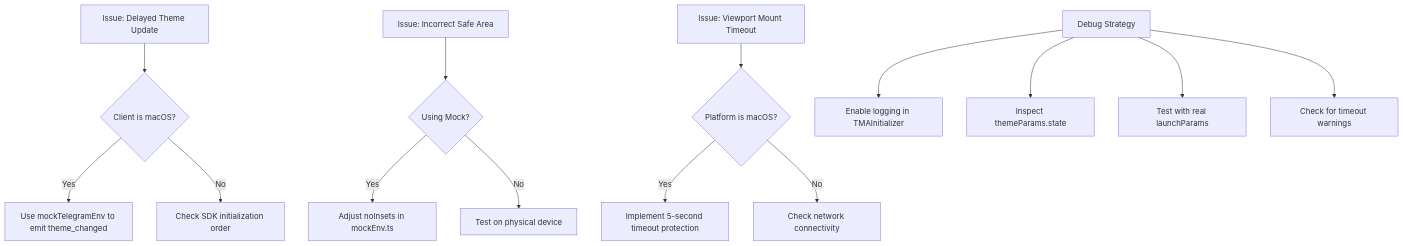
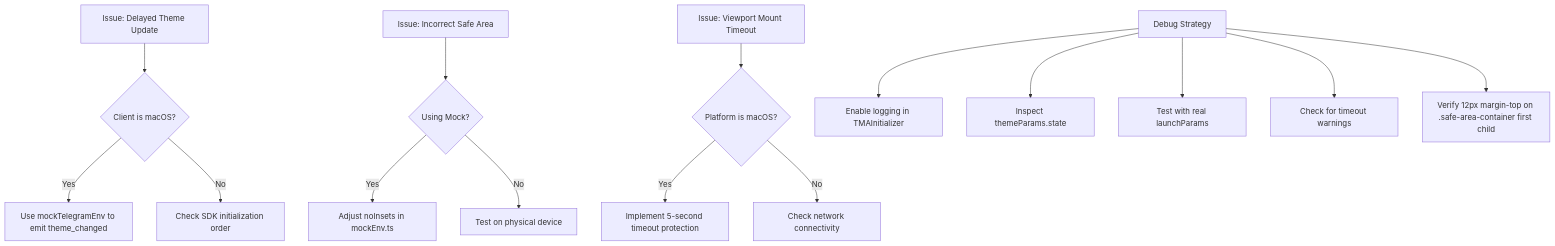
Before and after one commit to Miaterio/Passion-bot-2: the fourth of 4 diagrams in .qoder/repowiki/en/content/Core Architecture/Theme and Viewport Integration.md, drawn with Mermaid. The commit also changed other lines of this file and 3 other files, not shown here.

Commit message:
docs: Update core architecture documentation and refresh code snippet metadata.

````diff
--- a/.qoder/repowiki/en/content/Core Architecture/Theme and Viewport Integration.md
+++ b/.qoder/repowiki/en/content/Core Architecture/Theme and Viewport Integration.md
@@ -214,16 +242,17 @@
 ```mermaid
 flowchart TD
 A[Issue: Delayed Theme Update] --> B{Client is macOS?}
 B --> |Yes| C[Use mockTelegramEnv to emit theme_changed]
 B --> |No| D[Check SDK initialization order]
 E[Issue: Incorrect Safe Area] --> F{Using Mock?}
 F --> |Yes| G[Adjust noInsets in mockEnv.ts]
 F --> |No| H[Test on physical device]
 I[Issue: Viewport Mount Timeout] --> J{Platform is macOS?}
 J --> |Yes| K[Implement 5-second timeout protection]
 J --> |No| L[Check network connectivity]
 M[Debug Strategy] --> N[Enable logging in TMAInitializer]
 M --> O[Inspect themeParams.state]
 M --> P[Test with real launchParams]
 M --> Q[Check for timeout warnings]
+M --> R[Verify 12px margin-top on .safe-area-container first child]
 ```
````
